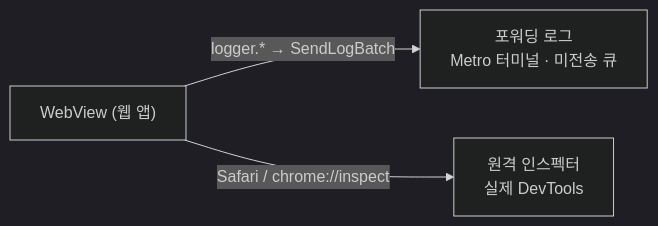
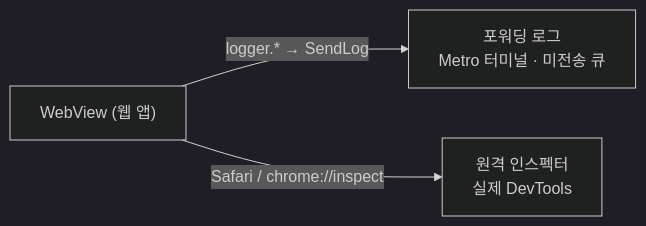
One commit to lemoncloud-io/dou-app changed the diagram in apps/mobile/docs/webview-debugging.md. Above: the diagram before and after it, drawn with Mermaid (dark theme). The commit also changed other lines of this file and 3 other files, not shown here.

````diff
--- a/apps/mobile/docs/webview-debugging.md
+++ b/apps/mobile/docs/webview-debugging.md
@@ -94,6 +93,6 @@
 ```mermaid
 flowchart LR
     WV["WebView (웹 앱)"]
-    WV -->|"logger.* → SendLogBatch"| Fwd["포워딩 로그<br/>Metro 터미널 · 미전송 큐"]
+    WV -->|"logger.* → SendLog"| Fwd["포워딩 로그<br/>Metro 터미널 · 미전송 큐"]
     WV -->|"Safari / chrome://inspect"| Insp["원격 인스펙터<br/>실제 DevTools"]
 ```
````
